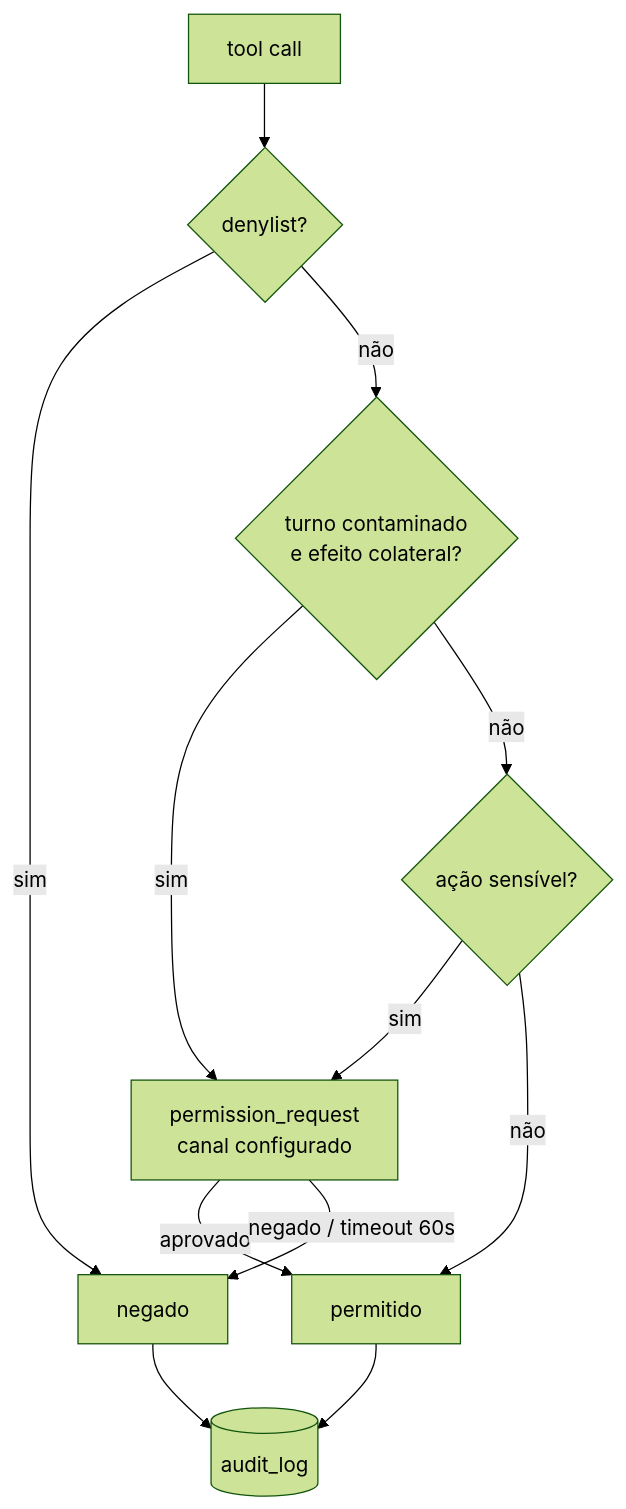
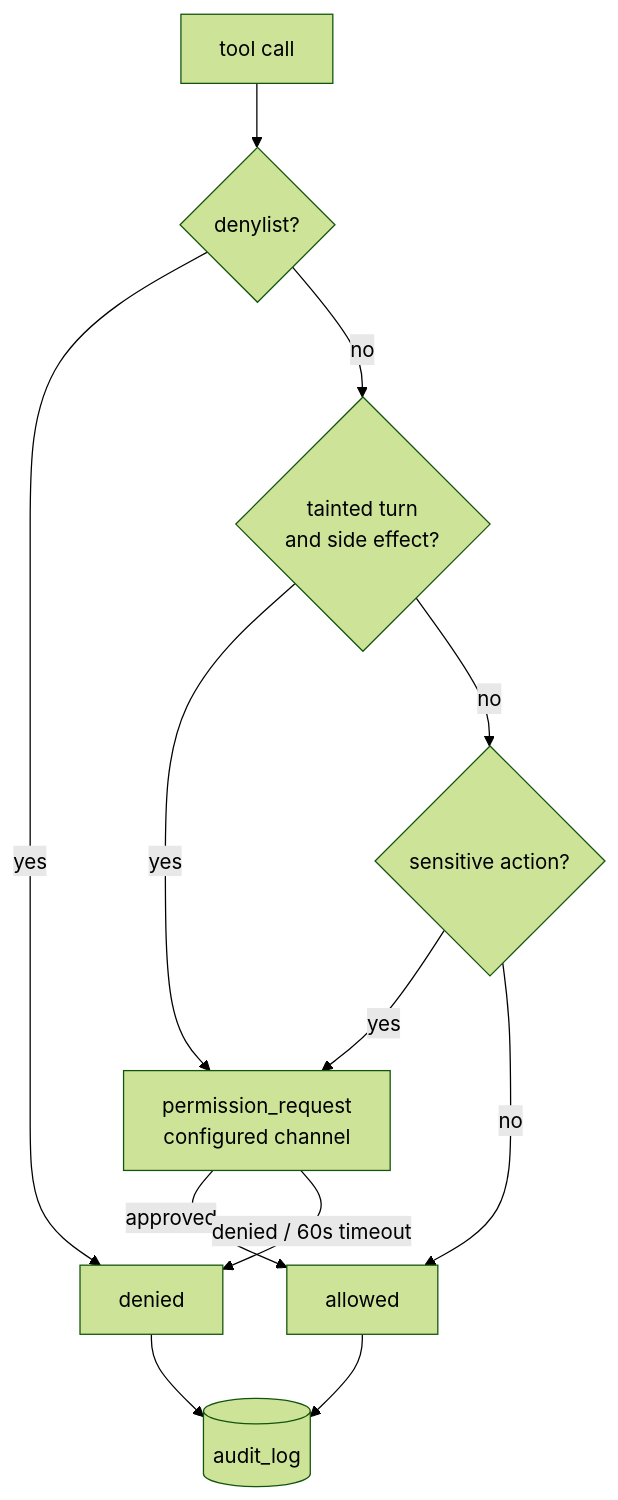
The fifth of 5 diagrams in docs/ARCHITECTURE.md (NavesDev/AlfredAgent), drawn with Mermaid (forest theme) before and after one commit. The commit also changed other lines of this file and 22 other files, not shown here.

First line of the commit message:
docs: translate specs, requirements, architecture, design and ADRs to English

````diff
--- a/docs/ARCHITECTURE.md
+++ b/docs/ARCHITECTURE.md
@@ -284,14 +284,14 @@
 ```mermaid
 flowchart TD
     call[tool call] --> deny{denylist?}
-    deny -->|sim| no[negado]
-    deny -->|não| taint{turno contaminado<br/>e efeito colateral?}
-    taint -->|sim| ask
-    taint -->|não| sens{ação sensível?}
-    sens -->|sim| ask[permission_request<br/>canal configurado]
-    sens -->|não| ok[permitido]
-    ask -->|aprovado| ok
-    ask -->|negado / timeout 60s| no
+    deny -->|yes| no[denied]
+    deny -->|no| taint{tainted turn<br/>and side effect?}
+    taint -->|yes| ask
+    taint -->|no| sens{sensitive action?}
+    sens -->|yes| ask[permission_request<br/>configured channel]
+    sens -->|no| ok[allowed]
+    ask -->|approved| ok
+    ask -->|denied / 60s timeout| no
     ok --> audit[(audit_log)]
     no --> audit
 ```
````
